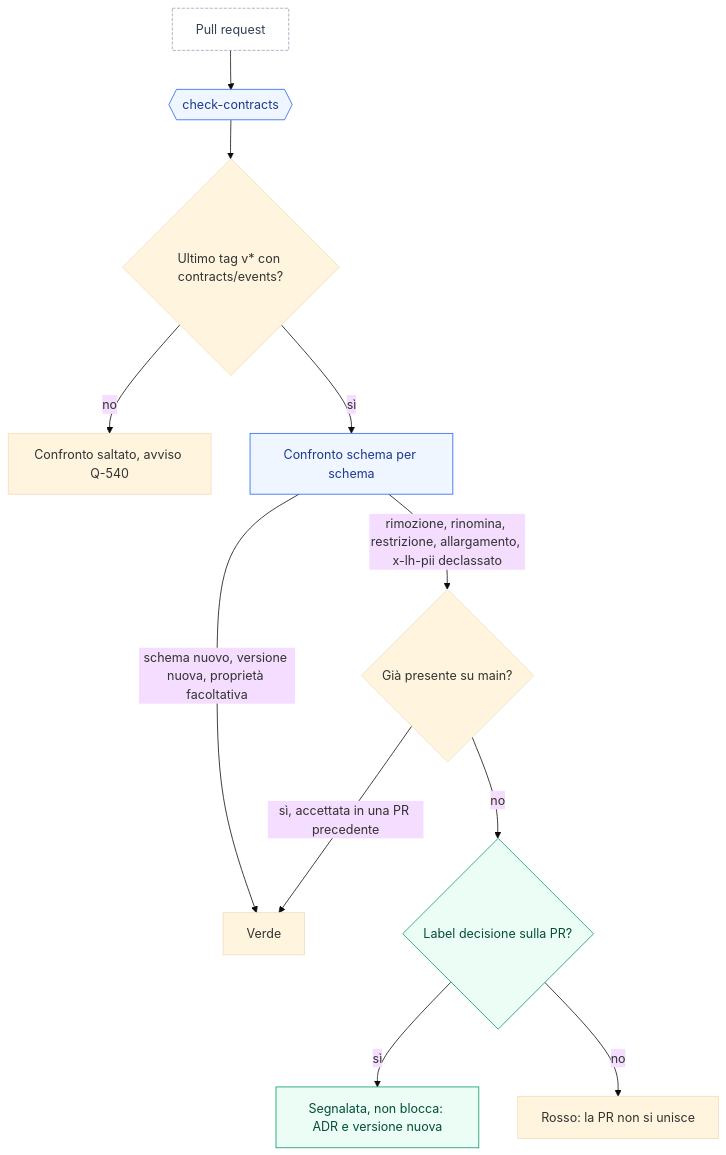
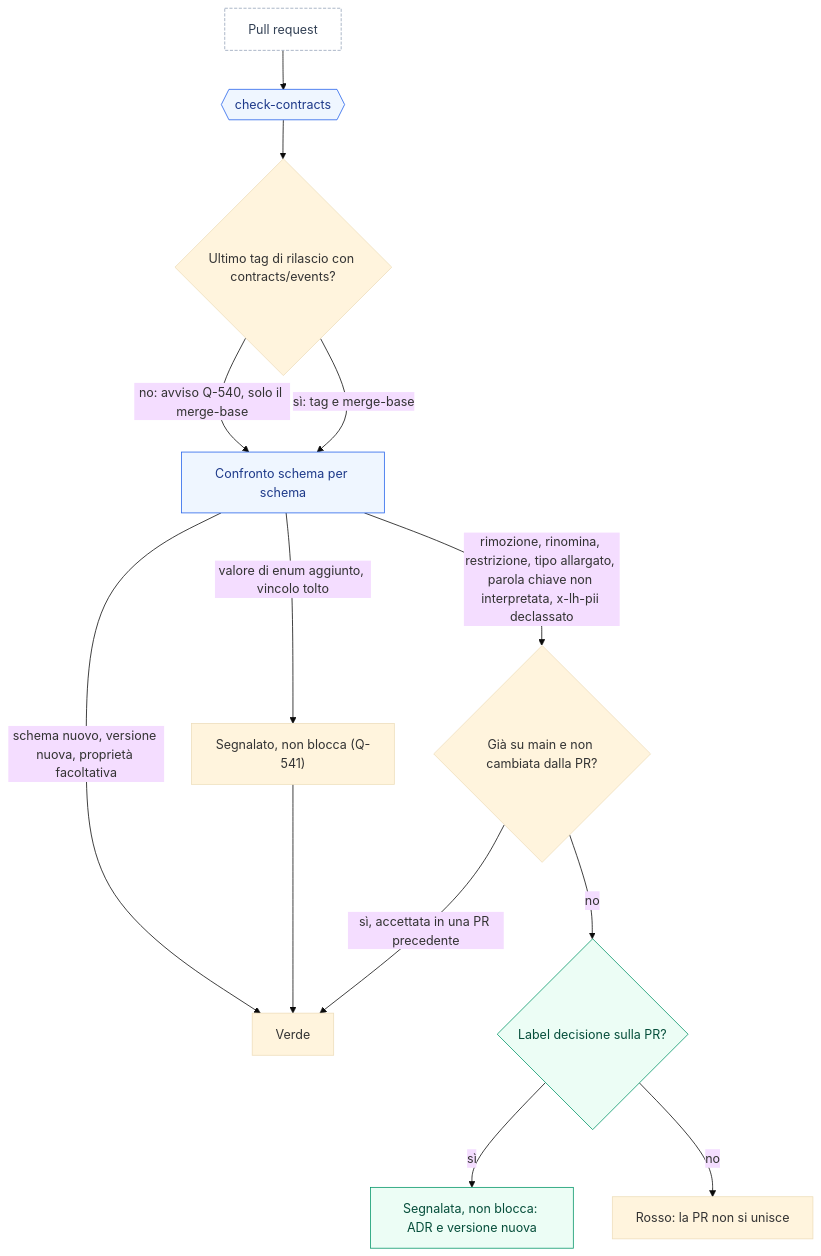
Before and after one commit to peppe-ruv/Loyalty_Sys: the diagram in concetti/eventi-kafka.mdx, drawn with Mermaid (base theme). The commit also changed other lines of this file and 7 other files, not shown here.

First line of the commit message:
fix(contracts): check-contracts confronta anche col merge-base, senza falsi negativi sulle rotture ereditate [F2-EVT-01, ADR-028, ADR-032, M8.4, Q-540, Q-541, Q-542]

````diff
--- a/concetti/eventi-kafka.mdx
+++ b/concetti/eventi-kafka.mdx
@@ -156,22 +156,24 @@
 ```mermaid
 flowchart TD
   accTitle: Controllo di compatibilità dei contratti evento
-  accDescr: A ogni pull request check-contracts confronta gli schemi di contracts/events con l'ultimo tag v*. Senza tag o senza contratti nel tag il confronto è saltato con un avviso. Schemi nuovi, versioni nuove e proprietà facoltative passano; rimozioni, rinomine, restrizioni, allargamenti e declassamenti di x-lh-pii bloccano la PR, salvo che siano già su main o che la PR porti la label decisione.
+  accDescr: A ogni pull request check-contracts confronta gli schemi di contracts/events con l'ultimo tag di rilascio e con il merge-base di main. Se nessun tag contiene i contratti si confronta solo con il merge-base e compare un avviso. Schemi nuovi, versioni nuove e proprietà facoltative passano; valori di enum aggiunti o vincoli tolti sono solo segnalati e non bloccano. Rimozioni, rinomine, restrizioni, allargamenti di tipo, parole chiave non interpretate cambiate e declassamenti di x-lh-pii bloccano la PR, salvo che siano già su main e la PR non li cambi ancora, o che la PR porti la label decisione.
   PR["Pull request"] --> CC{{"check-contracts"}}
-  CC --> TAG{"Ultimo tag v* con contracts/events?"}
-  TAG -->|"no"| SKIP["Confronto saltato, avviso Q-540"]
-  TAG -->|"sì"| CMP["Confronto schema per schema"]
+  CC --> TAG{"Ultimo tag di rilascio con contracts/events?"}
+  TAG -->|"no: avviso Q-540, solo il merge-base"| CMP
+  TAG -->|"sì: tag e merge-base"| CMP["Confronto schema per schema"]
   CMP -->|"schema nuovo, versione nuova, proprietà facoltativa"| OK["Verde"]
-  CMP -->|"rimozione, rinomina, restrizione, allargamento, x-lh-pii declassato"| MAIN{"Già presente su main?"}
+  CMP -->|"valore di enum aggiunto, vincolo tolto"| WARN["Segnalato, non blocca (Q-541)"]
+  WARN --> OK
+  CMP -->|"rimozione, rinomina, restrizione, tipo allargato, parola chiave non interpretata, x-lh-pii declassato"| MAIN{"Già su main e non cambiata dalla PR?"}
   MAIN -->|"sì, accettata in una PR precedente"| OK
   MAIN -->|"no"| LAB{"Label decisione sulla PR?"}
   LAB -->|"sì"| DEC["Segnalata, non blocca: ADR e versione nuova"]
   LAB -->|"no"| KO["Rosso: la PR non si unisce"]
   classDef svc fill:#EFF6FF,stroke:#2563EB,color:#1E3A8A
   classDef store fill:#F1F5F9,stroke:#475569,color:#0F172A
   classDef ext fill:#FFFFFF,stroke:#94A3B8,stroke-dasharray:4 2,color:#334155
   classDef human fill:#ECFDF5,stroke:#059669,color:#064E3B
   class CC,CMP svc
   class PR ext
   class LAB,DEC human
 ```
````
